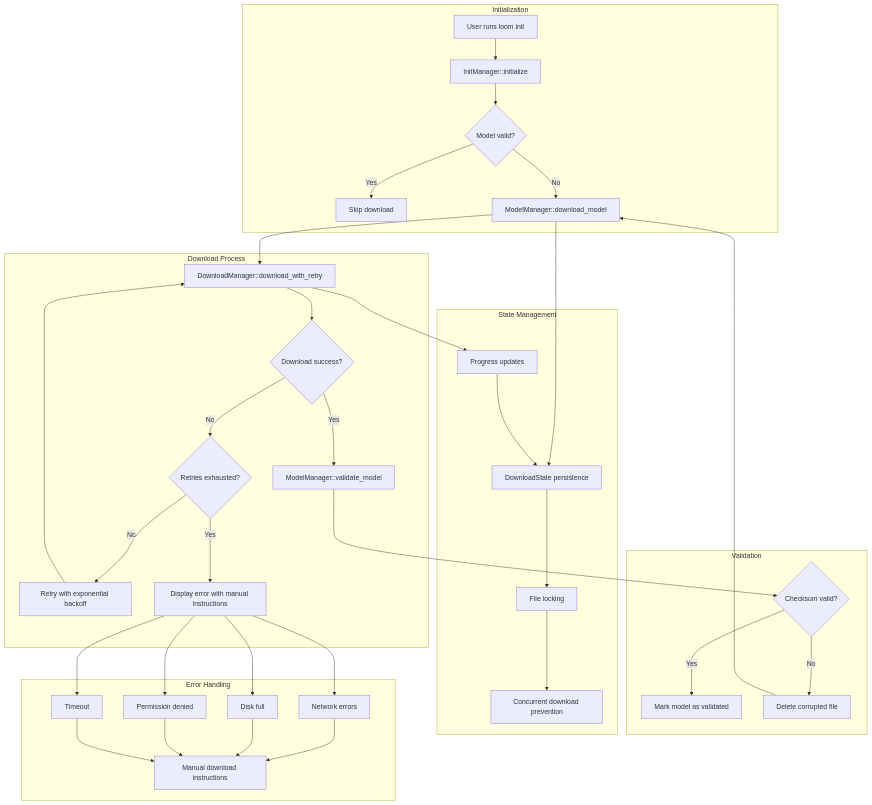
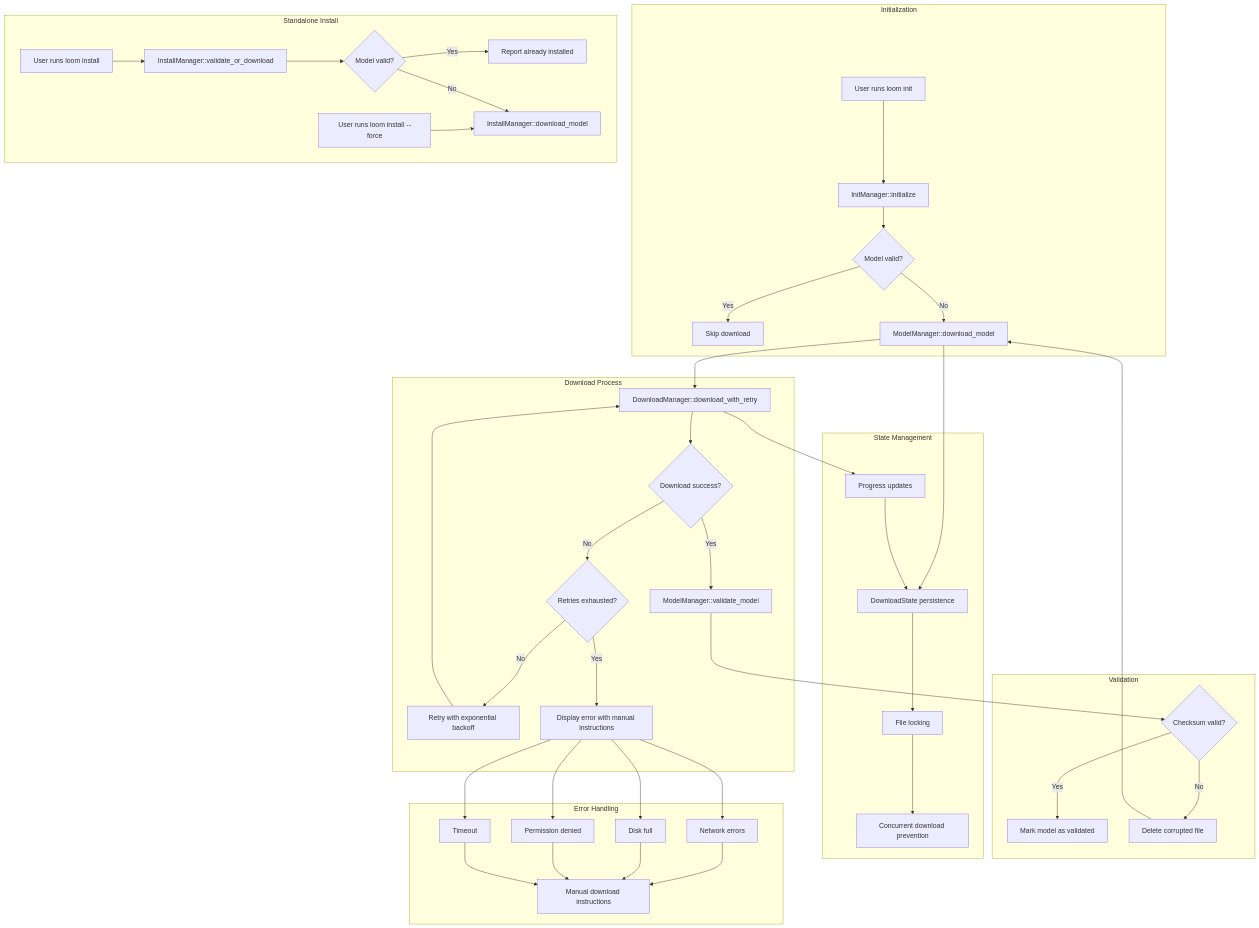
One commit to odinkirk/knowledge-loom changed the sixth of 7 diagrams in Architecture.md. Above: the diagram before and after it, drawn with Mermaid. The commit also changed other lines of this file and 8 other files, not shown here.

````diff
--- a/Architecture.md
+++ b/Architecture.md
@@ -200,45 +201,53 @@
- ```mermaid
- graph TB
-     subgraph "Initialization"
-         A[User runs loom init] --> B[InitManager::initialize]
-         B --> C{Model valid?}
-         C -->|Yes| D[Skip download]
-         C -->|No| E[ModelManager::download_model]
-     end
+```mermaid
+graph TB
+    subgraph "Initialization"
+        A[User runs loom init] --> B[InitManager::initialize]
+        B --> C{Model valid?}
+        C -->|Yes| D[Skip download]
+        C -->|No| E[ModelManager::download_model]
+    end
 
-     subgraph "Download Process"
-         E --> F[DownloadManager::download_with_retry]
-         F --> G{Download success?}
-         G -->|Yes| H[ModelManager::validate_model]
-         G -->|No| I{Retries exhausted?}
-         I -->|No| J[Retry with exponential backoff]
-         J --> F
-         I -->|Yes| K[Display error with manual instructions]
-     end
+    subgraph "Standalone Install"
+        A1[User runs loom install] --> B1[InstallManager::validate_or_download]
+        B1 --> C1{Model valid?}
+        C1 -->|Yes| D1[Report already installed]
+        C1 -->|No| E1[InstallManager::download_model]
+        B2[User runs loom install --force] --> E1
+    end
 
-     subgraph "Validation"
-         H --> L{Checksum valid?}
-         L -->|Yes| M[Mark model as validated]
-         L -->|No| N[Delete corrupted file]
-         N --> E
-     end
+    subgraph "Download Process"
+        E --> F[DownloadManager::download_with_retry]
+        F --> G{Download success?}
+        G -->|Yes| H[ModelManager::validate_model]
+        G -->|No| I{Retries exhausted?}
+        I -->|No| J[Retry with exponential backoff]
+        J --> F
+        I -->|Yes| K[Display error with manual instructions]
+    end
 
-     subgraph "State Management"
-         E --> O[DownloadState persistence]
-         F --> P[Progress updates]
-         P --> O
-         O --> Q[File locking]
-         Q --> R[Concurrent download prevention]
-     end
+    subgraph "Validation"
+        H --> L{Checksum valid?}
+        L -->|Yes| M[Mark model as validated]
+        L -->|No| N[Delete corrupted file]
+        N --> E
+    end
 
-     subgraph "Error Handling"
+    subgraph "State Management"
+        E --> O[DownloadState persistence]
+        F --> P[Progress updates]
+        P --> O
+        O --> Q[File locking]
+        Q --> R[Concurrent download prevention]
+    end
+
+    subgraph "Error Handling"
          K --> S[Network errors]
          K --> T[Disk full]
          K --> U[Permission denied]
          K --> V[Timeout]
          S --> W[Manual download instructions]
          T --> W
          U --> W
          V --> W
      end
  ```
````
